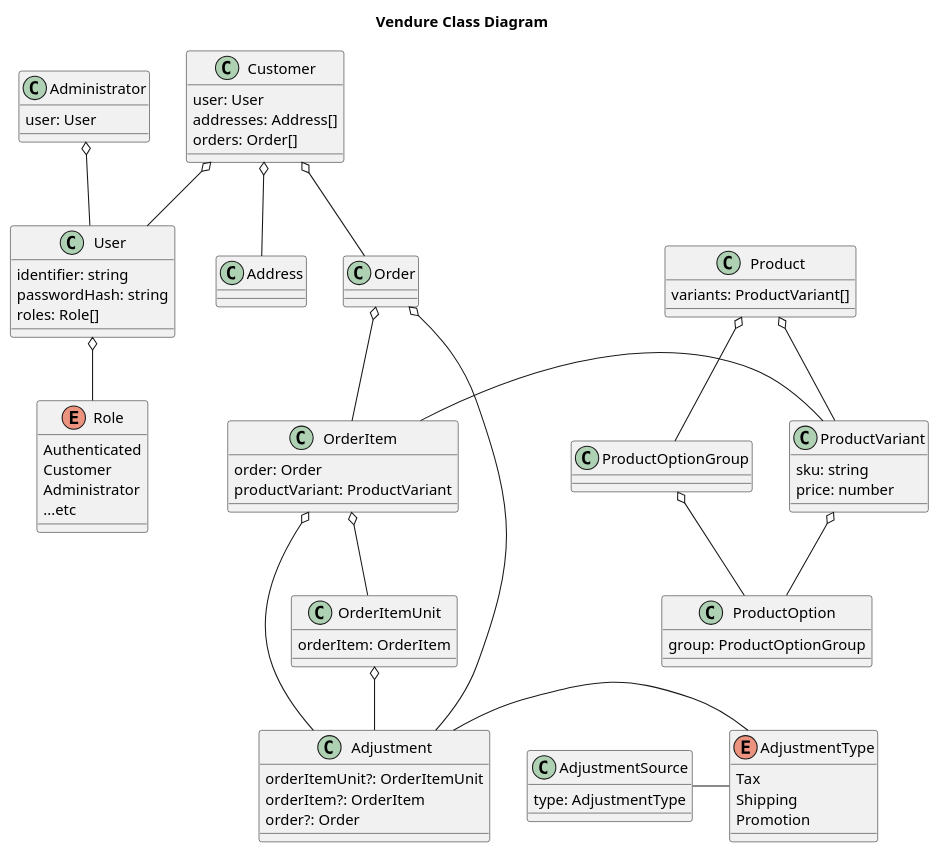
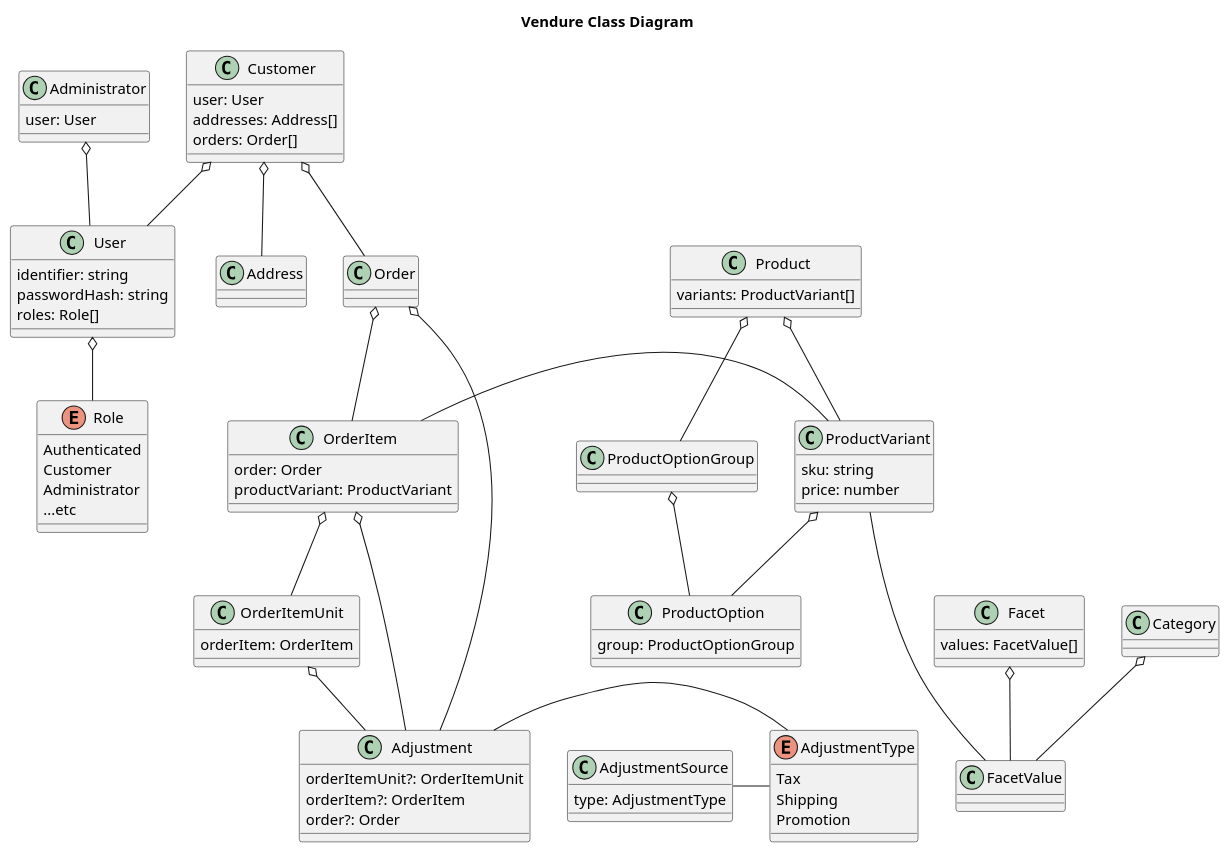
Before and after one commit to intelligo-mn/intelligo.store: the diagram in docs/diagrams/full-class-diagram.puml, drawn with PlantUML.

Commit message:
docs: Add facets to class diagram

```diff
--- a/docs/diagrams/full-class-diagram.puml
+++ b/docs/diagrams/full-class-diagram.puml
@@ -1,76 +1,86 @@
 @startuml
 title Vendure Class Diagram
 
 class User {
     identifier: string
     passwordHash: string
     roles: Role[]
 }
 class Customer {
     user: User
     addresses: Address[]
     orders: Order[]
 }
 class Administrator {
     user: User
 }
 enum Role {
     Authenticated
     Customer
     Administrator
     ...etc
 }
 class Address {
 }
 class Product {
     variants: ProductVariant[]
 }
 class ProductOptionGroup
 class ProductOption {
     group: ProductOptionGroup
 }
 class ProductVariant {
     sku: string
     price: number
 }
 class Order
 class OrderItem {
     order: Order
     productVariant: ProductVariant
 }
 class OrderItemUnit {
     orderItem: OrderItem
 }
 class Adjustment {
     orderItemUnit?: OrderItemUnit
     orderItem?: OrderItem
     order?: Order
 }
 enum AdjustmentType {
     Tax
     Shipping
     Promotion
 }
 class AdjustmentSource {
     type: AdjustmentType
 }
+class Facet {
+    values: FacetValue[]
+}
+class FacetValue {
+}
+class Category {
+}
 
 Customer o-- User
 Administrator o-- User
 User o-- Role
 Customer o-- Address
 Product o-- ProductVariant
 ProductOptionGroup o-- ProductOption
 Product o-- ProductOptionGroup
 ProductVariant o-- ProductOption
+ProductVariant --- FacetValue
+Facet o-- FacetValue
+Category o-- FacetValue
 Customer o-- Order
 OrderItem - ProductVariant
 Order o-- OrderItem
 OrderItem o-- OrderItemUnit
 OrderItemUnit o-- Adjustment
 OrderItem o-- Adjustment
 Order o-- Adjustment
 Adjustment - AdjustmentType
 AdjustmentSource - AdjustmentType
 
 @enduml
```
